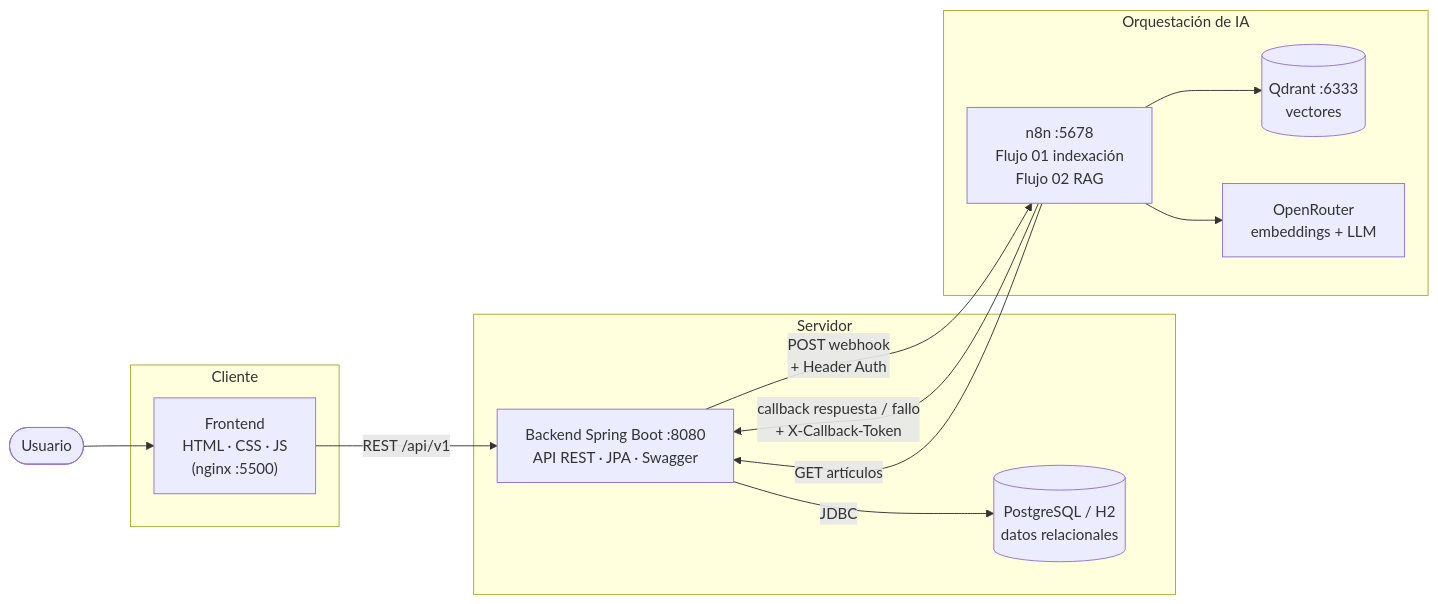
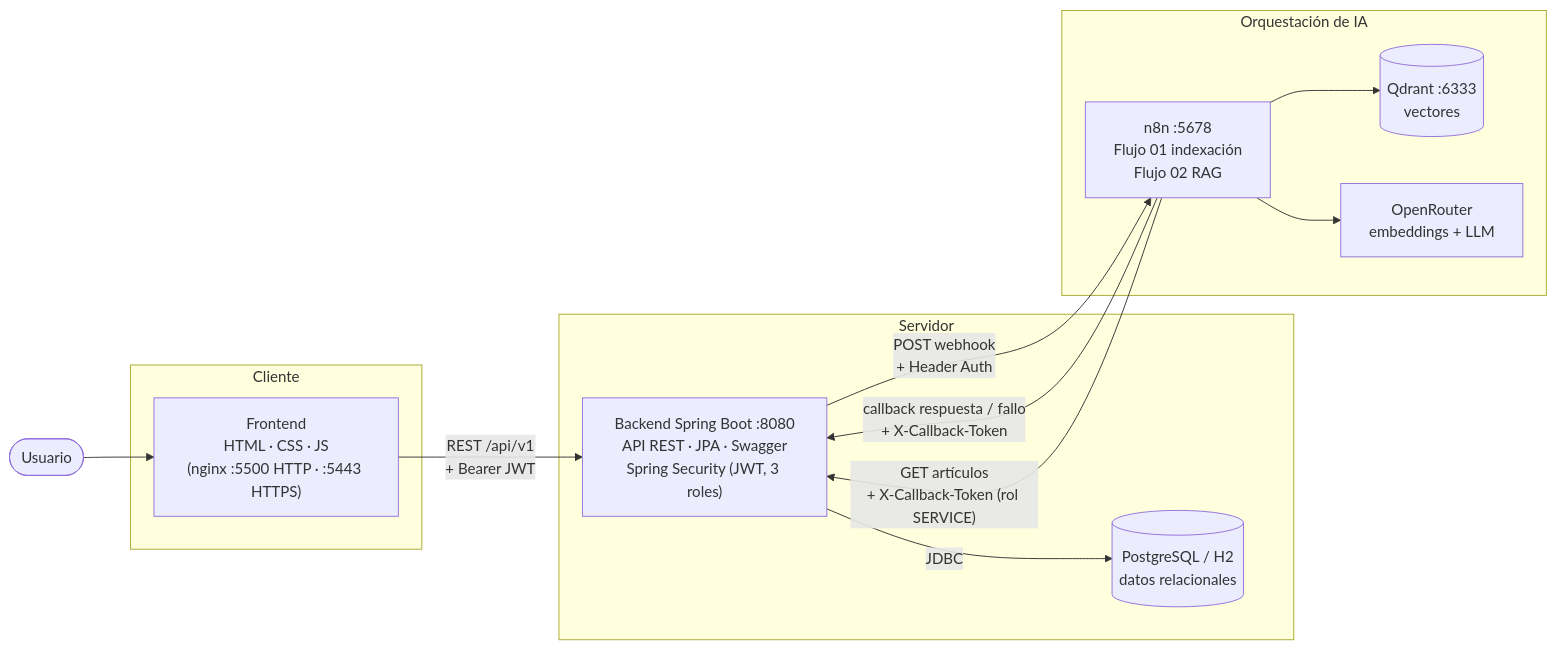
The second of 4 diagrams in docs/diagramas/README.md (velascodazasergio-png/Sistema-inteligente-IA2), drawn with Mermaid before and after one commit. The commit also changed other lines of this file and 15 other files, not shown here.

````diff
--- a/docs/diagramas/README.md
+++ b/docs/diagramas/README.md
@@ -107,27 +110,27 @@
 ```mermaid
 flowchart LR
     U([Usuario]) --> FE
 
     subgraph Cliente
-        FE["Frontend<br/>HTML · CSS · JS<br/>(nginx :5500)"]
+        FE["Frontend<br/>HTML · CSS · JS<br/>(nginx :5500 HTTP · :5443 HTTPS)"]
     end
 
     subgraph Servidor
-        BE["Backend Spring Boot :8080<br/>API REST · JPA · Swagger"]
+        BE["Backend Spring Boot :8080<br/>API REST · JPA · Swagger<br/>Spring Security (JWT, 3 roles)"]
         DB[("PostgreSQL / H2<br/>datos relacionales")]
     end
 
     subgraph IA["Orquestación de IA"]
         N8N["n8n :5678<br/>Flujo 01 indexación<br/>Flujo 02 RAG"]
         QD[("Qdrant :6333<br/>vectores")]
         OR["OpenRouter<br/>embeddings + LLM"]
     end
 
-    FE -- "REST /api/v1" --> BE
+    FE -- "REST /api/v1<br/>+ Bearer JWT" --> BE
     BE -- JDBC --> DB
     BE -- "POST webhook<br/>+ Header Auth" --> N8N
     N8N -- "callback respuesta / fallo<br/>+ X-Callback-Token" --> BE
-    N8N -- "GET artículos" --> BE
+    N8N -- "GET artículos<br/>+ X-Callback-Token (rol SERVICE)" --> BE
     N8N --> QD
     N8N --> OR
 ```
````
